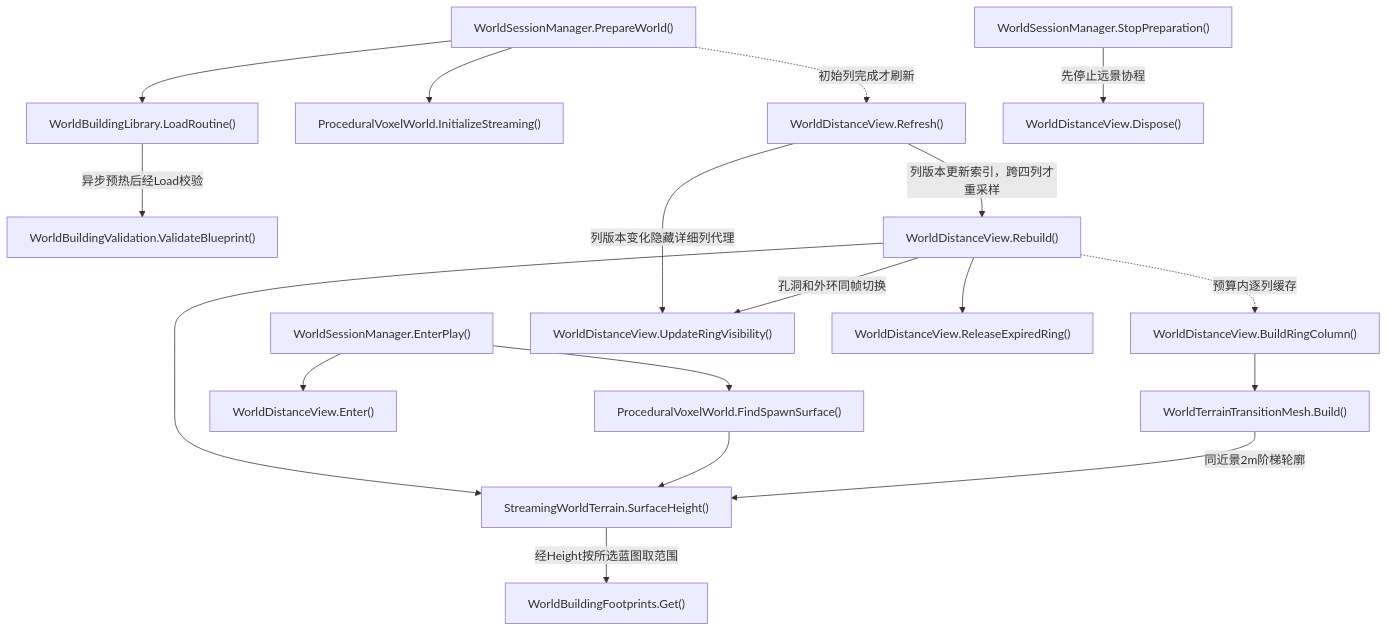
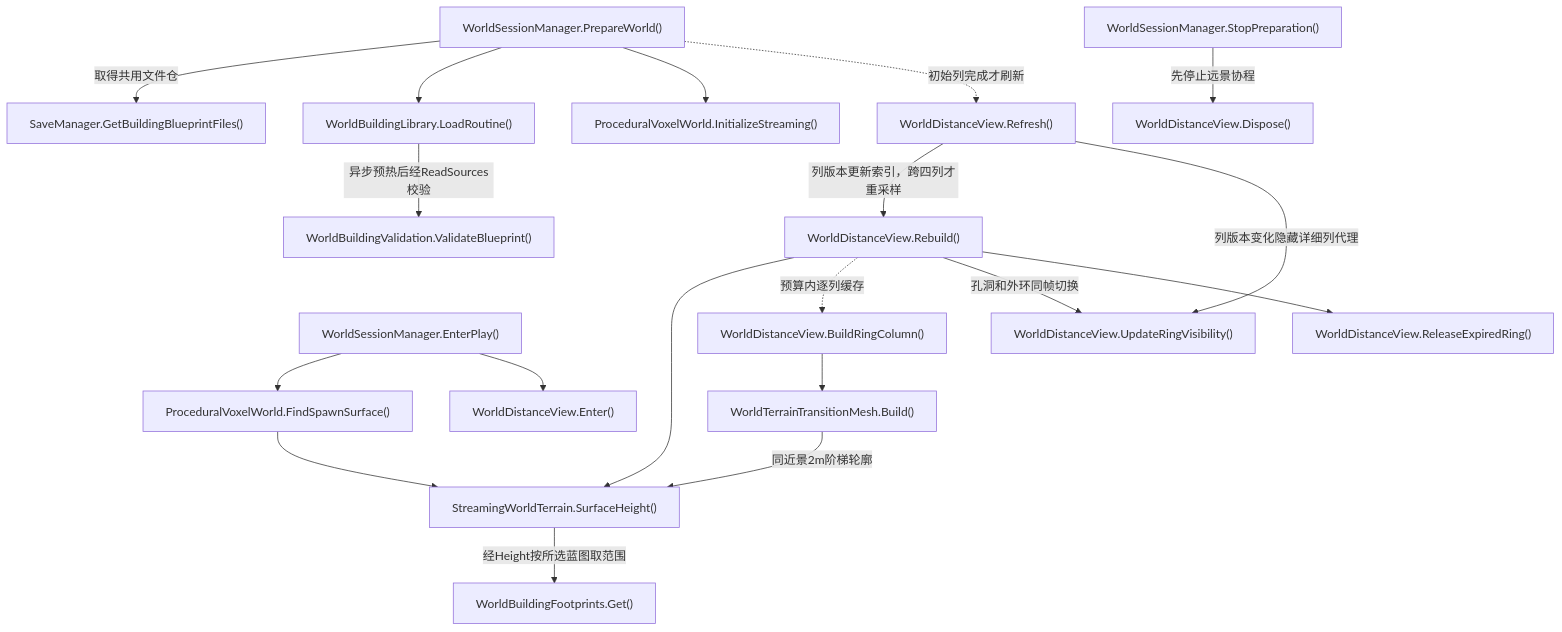
Diagram 16 of 43 in Docs/RuntimeFlow.md (kukudia/HY-Sandbox), drawn with Mermaid before and after one commit. The commit also changed other lines of this file and 14 other files, not shown here.

First line of the commit message:
refactor: share building blueprint source with SaveManager

````diff
--- a/Docs/RuntimeFlow.md
+++ b/Docs/RuntimeFlow.md
@@ -1604,54 +1604,57 @@
 ```mermaid
 flowchart TD
     A["WorldSessionManager.PrepareWorld()"]
     click A "../Assets/Scripts/Features/World/WorldSessionManager.cs#L125" "打开源码"
     B["WorldBuildingLibrary.LoadRoutine()"]
-    click B "../Assets/Scripts/Features/World/Buildings/Data/WorldBuildingLibrary.cs#L20" "打开源码"
+    click B "../Assets/Scripts/Features/World/Buildings/Data/WorldBuildingLibrary.cs#L19" "打开源码"
     C["WorldBuildingValidation.ValidateBlueprint()"]
     click C "../Assets/Scripts/Features/World/Buildings/Placement/WorldBuildingValidation.cs#L11" "打开源码"
     D["WorldBuildingFootprints.Get()"]
     click D "../Assets/Scripts/Features/World/Buildings/Placement/WorldBuildingFootprints.cs#L34" "打开源码"
     E["ProceduralVoxelWorld.InitializeStreaming()"]
     click E "../Assets/Scripts/Features/World/Terrain/ProceduralVoxelWorld.cs#L178" "打开源码"
     F["WorldDistanceView.Refresh()"]
     click F "../Assets/Scripts/Features/World/Presentation/WorldDistanceView.cs#L67" "打开源码"
     G["WorldDistanceView.Rebuild()"]
     click G "../Assets/Scripts/Features/World/Presentation/WorldDistanceView.cs#L93" "打开源码"
     H["StreamingWorldTerrain.SurfaceHeight()"]
     click H "../Assets/Scripts/Features/World/Terrain/StreamingWorldTerrain.cs#L26" "打开源码"
     I["WorldSessionManager.EnterPlay()"]
     click I "../Assets/Scripts/Features/World/WorldSessionManager.cs#L231" "打开源码"
     J["ProceduralVoxelWorld.FindSpawnSurface()"]
     click J "../Assets/Scripts/Features/World/Terrain/ProceduralVoxelWorld.cs#L52" "打开源码"
     K["WorldDistanceView.Enter()"]
     click K "../Assets/Scripts/Features/World/Presentation/WorldDistanceView.cs#L323" "打开源码"
     L["WorldSessionManager.StopPreparation()"]
     click L "../Assets/Scripts/Features/World/WorldSessionManager.cs#L485" "打开源码"
     M["WorldDistanceView.Dispose()"]
     click M "../Assets/Scripts/Features/World/Presentation/WorldDistanceView.cs#L350" "打开源码"
     N["WorldDistanceView.BuildRingColumn()"]
     click N "../Assets/Scripts/Features/World/Presentation/WorldDistanceView.cs#L270" "打开源码"
     O["WorldTerrainTransitionMesh.Build()"]
     click O "../Assets/Scripts/Features/World/Presentation/WorldTerrainTransitionMesh.cs#L9" "打开源码"
     P["WorldDistanceView.UpdateRingVisibility()"]
     click P "../Assets/Scripts/Features/World/Presentation/WorldDistanceView.cs#L232" "打开源码"
     Q["WorldDistanceView.ReleaseExpiredRing()"]
     click Q "../Assets/Scripts/Features/World/Presentation/WorldDistanceView.cs#L250" "打开源码"
+    R["SaveManager.GetBuildingBlueprintFiles()"]
+    click R "../Assets/Scripts/Features/Building/SaveManager.cs#L74" "打开源码"
+    A -->|取得共用文件仓| R
     A --> B
-    B -->|异步预热后经Load校验| C
+    B -->|异步预热后经ReadSources校验| C
     A --> E
     H -->|经Height按所选蓝图取范围| D
     A -.->|初始列完成才刷新| F
     F -->|列版本更新索引，跨四列才重采样| G
     G --> H
     I --> J
     J --> H
     I --> K
     L -->|先停止远景协程| M
     G -.->|预算内逐列缓存| N
     N --> O
     O -->|同近景2m阶梯轮廓| H
     F -->|列版本变化隐藏详细列代理| P
     G -->|孔洞和外环同帧切换| P
     G --> Q
 ```
````
